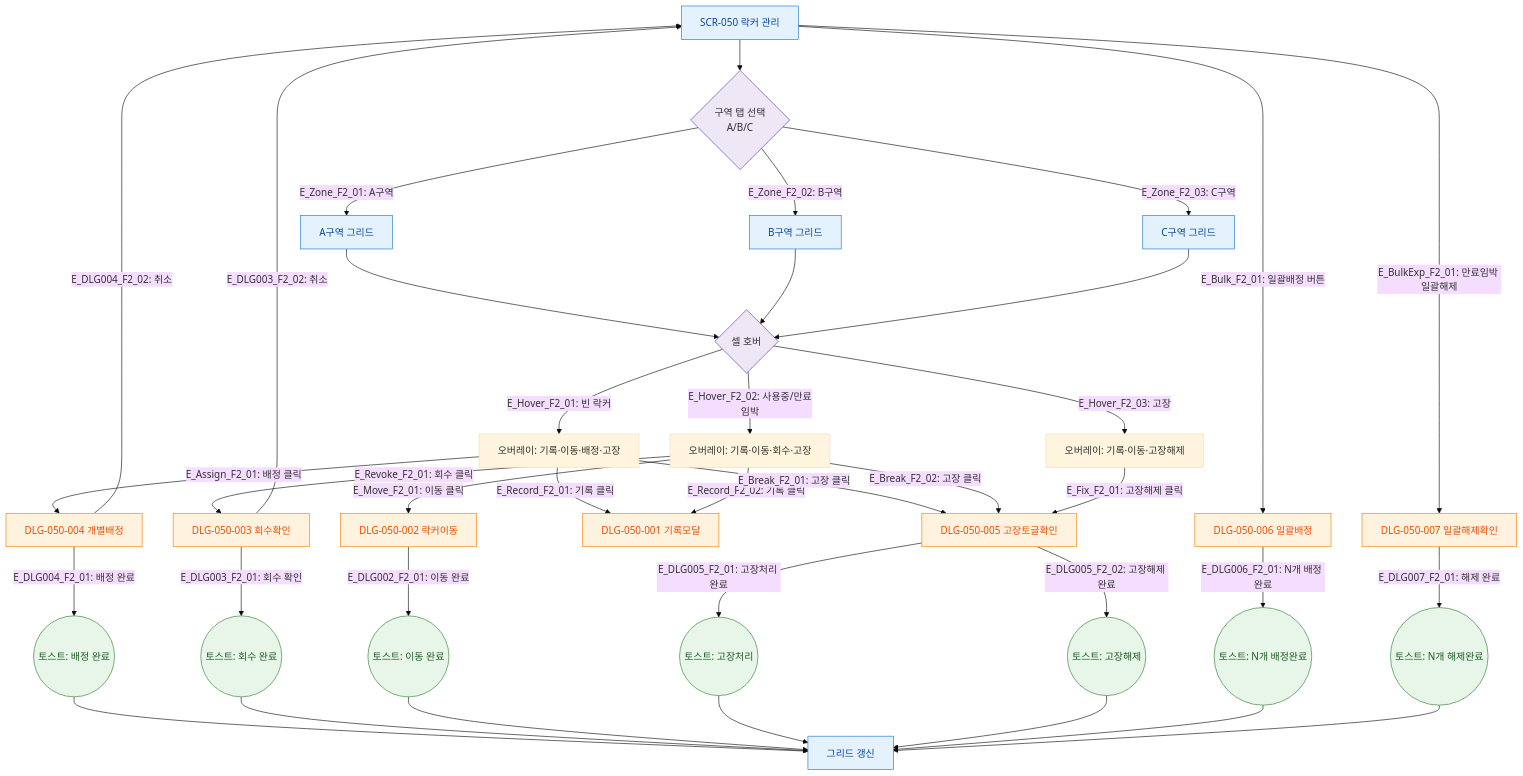
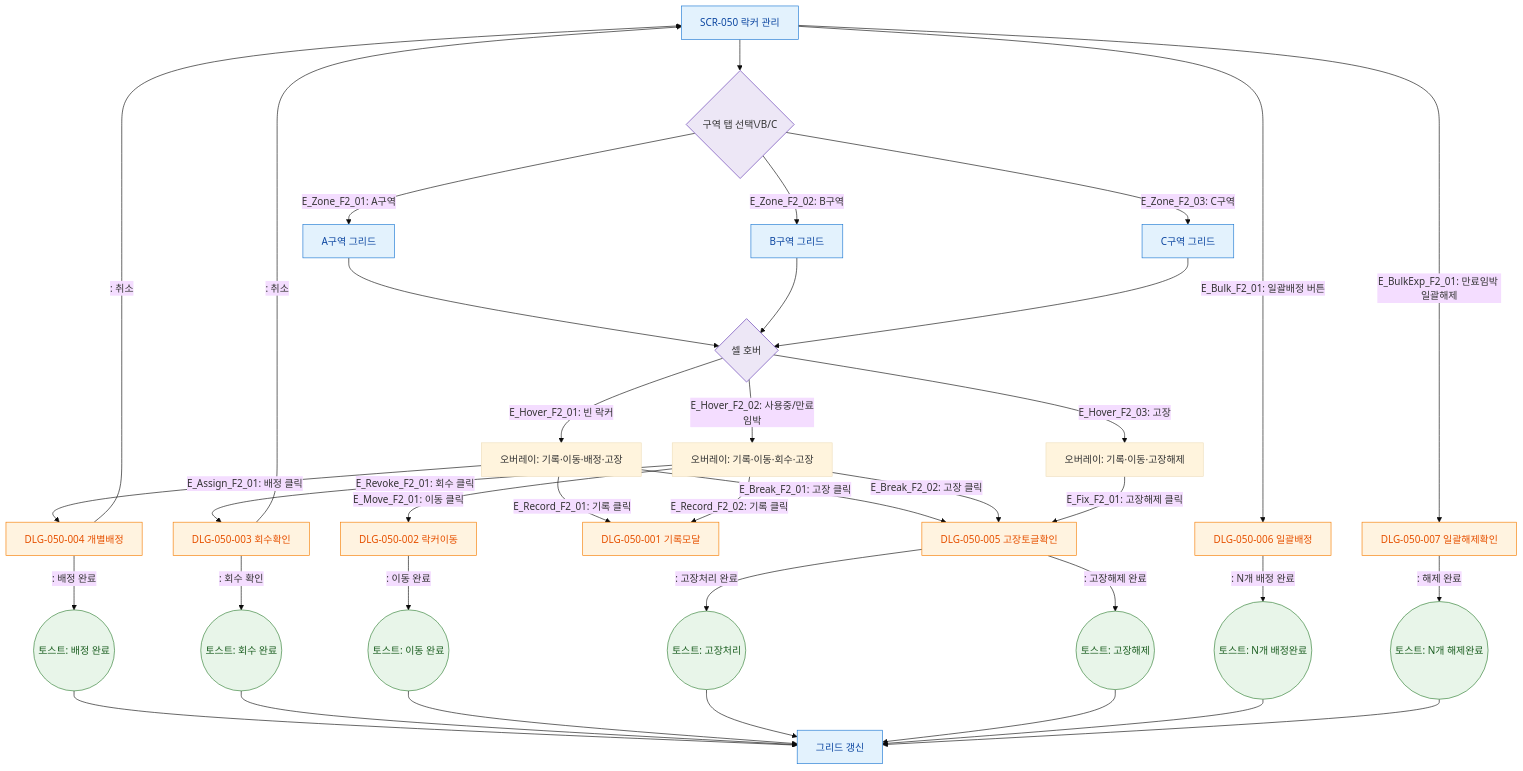
One commit to dev-spogym/admin-pando changed the diagram in docs/다이어그램/D06_시설관리/SCR-050_락커관리/F2_메인.md. Above: the diagram before and after it, drawn with Mermaid (base theme). The commit also changed other lines of this file and 1660 other files, not shown here.

First line of the commit message:
다이어그램: 기획자/클라이언트 납품본으로 정리

````diff
--- a/docs/다이어그램/D06_시설관리/SCR-050_락커관리/F2_메인.md
+++ b/docs/다이어그램/D06_시설관리/SCR-050_락커관리/F2_메인.md
@@ -23,55 +21,55 @@
 ```mermaid
 flowchart TD
-    SCR050[SCR-050 락커 관리] --> ZoneTab{구역 탭 선택\nA/B/C}
-    ZoneTab -->|"E_Zone_F2_01: A구역"| GridA[A구역 그리드]
-    ZoneTab -->|"E_Zone_F2_02: B구역"| GridB[B구역 그리드]
-    ZoneTab -->|"E_Zone_F2_03: C구역"| GridC[C구역 그리드]
+    SCR050[SCR-050 락커 관리] --> ZoneTab{구역 탭 선택\/B/C}
+    ZoneTab -->|"E_Zone_F2_01: A구역"|GridA[A구역 그리드]
+    ZoneTab -->|"E_Zone_F2_02: B구역"|GridB[B구역 그리드]
+    ZoneTab -->|"E_Zone_F2_03: C구역"|GridC[C구역 그리드]
 
     GridA --> HoverCell{셀 호버}
     GridB --> HoverCell
     GridC --> HoverCell
 
-    HoverCell -->|"E_Hover_F2_01: 빈 락커"| OverlayEmpty[오버레이: 기록·이동·배정·고장]
-    HoverCell -->|"E_Hover_F2_02: 사용중/만료임박"| OverlayUsed[오버레이: 기록·이동·회수·고장]
-    HoverCell -->|"E_Hover_F2_03: 고장"| OverlayBroken[오버레이: 기록·이동·고장해제]
+    HoverCell -->|"E_Hover_F2_01: 빈 락커"|OverlayEmpty[오버레이: 기록·이동·배정·고장]
+    HoverCell -->|"E_Hover_F2_02: 사용중/만료임박"|OverlayUsed[오버레이: 기록·이동·회수·고장]
+    HoverCell -->|"E_Hover_F2_03: 고장"|OverlayBroken[오버레이: 기록·이동·고장해제]
 
-    OverlayEmpty -->|"E_Assign_F2_01: 배정 클릭"| DLG004[DLG-050-004 개별배정]
-    OverlayUsed -->|"E_Revoke_F2_01: 회수 클릭"| DLG003[DLG-050-003 회수확인]
-    OverlayUsed -->|"E_Move_F2_01: 이동 클릭"| DLG002[DLG-050-002 락커이동]
-    OverlayEmpty -->|"E_Record_F2_01: 기록 클릭"| DLG001[DLG-050-001 기록모달]
-    OverlayUsed -->|"E_Record_F2_02: 기록 클릭"| DLG001
-    OverlayEmpty -->|"E_Break_F2_01: 고장 클릭"| DLG005[DLG-050-005 고장토글확인]
-    OverlayUsed -->|"E_Break_F2_02: 고장 클릭"| DLG005
-    OverlayBroken -->|"E_Fix_F2_01: 고장해제 클릭"| DLG005
+    OverlayEmpty -->|"E_Assign_F2_01: 배정 클릭"|DLG004[DLG-050-004 개별배정]
+    OverlayUsed -->|"E_Revoke_F2_01: 회수 클릭"|DLG003[DLG-050-003 회수확인]
+    OverlayUsed -->|"E_Move_F2_01: 이동 클릭"|DLG002[DLG-050-002 락커이동]
+    OverlayEmpty -->|"E_Record_F2_01: 기록 클릭"|DLG001[DLG-050-001 기록모달]
+    OverlayUsed -->|"E_Record_F2_02: 기록 클릭"|DLG001
+    OverlayEmpty -->|"E_Break_F2_01: 고장 클릭"|DLG005[DLG-050-005 고장토글확인]
+    OverlayUsed -->|"E_Break_F2_02: 고장 클릭"|DLG005
+    OverlayBroken -->|"E_Fix_F2_01: 고장해제 클릭"|DLG005
 
-    DLG004 -->|"E_DLG004_F2_01: 배정 완료"| ToastAssign((토스트: 배정 완료))
-    DLG004 -->|"E_DLG004_F2_02: 취소"| SCR050
-    DLG003 -->|"E_DLG003_F2_01: 회수 확인"| ToastRevoke((토스트: 회수 완료))
-    DLG003 -->|"E_DLG003_F2_02: 취소"| SCR050
-    DLG002 -->|"E_DLG002_F2_01: 이동 완료"| ToastMove((토스트: 이동 완료))
-    DLG005 -->|"E_DLG005_F2_01: 고장처리 완료"| ToastBreak((토스트: 고장처리))
-    DLG005 -->|"E_DLG005_F2_02: 고장해제 완료"| ToastFix((토스트: 고장해제))
+    DLG004 -->|": 배정 완료"|ToastAssign((토스트: 배정 완료))
+    DLG004 -->|": 취소"|SCR050
+    DLG003 -->|": 회수 확인"|ToastRevoke((토스트: 회수 완료))
+    DLG003 -->|": 취소"|SCR050
+    DLG002 -->|": 이동 완료"|ToastMove((토스트: 이동 완료))
+    DLG005 -->|": 고장처리 완료"|ToastBreak((토스트: 고장처리))
+    DLG005 -->|": 고장해제 완료"|ToastFix((토스트: 고장해제))
 
     ToastAssign --> GridRefresh[그리드 갱신]
     ToastRevoke --> GridRefresh
     ToastMove --> GridRefresh
     ToastBreak --> GridRefresh
     ToastFix --> GridRefresh
 
-    SCR050 -->|"E_Bulk_F2_01: 일괄배정 버튼"| DLG006[DLG-050-006 일괄배정]
-    SCR050 -->|"E_BulkExp_F2_01: 만료임박 일괄해제"| DLG007[DLG-050-007 일괄해제확인]
-    DLG006 -->|"E_DLG006_F2_01: N개 배정 완료"| ToastBulk((토스트: N개 배정완료))
-    DLG007 -->|"E_DLG007_F2_01: 해제 완료"| ToastBulkExp((토스트: N개 해제완료))
+    SCR050 -->|"E_Bulk_F2_01: 일괄배정 버튼"|DLG006[DLG-050-006 일괄배정]
+    SCR050 -->|"E_BulkExp_F2_01: 만료임박 일괄해제"|DLG007[DLG-050-007 일괄해제확인]
+    DLG006 -->|": N개 배정 완료"|ToastBulk((토스트: N개 배정완료))
+    DLG007 -->|": 해제 완료"|ToastBulkExp((토스트: N개 해제완료))
     ToastBulk --> GridRefresh
     ToastBulkExp --> GridRefresh
 
     classDef screen fill:#E3F2FD,stroke:#1976D2,color:#0D47A1
     classDef modal fill:#FFF3E0,stroke:#F57C00,color:#E65100
     classDef success fill:#E8F5E9,stroke:#2E7D32,color:#1B5E20
     classDef system fill:#EDE7F6,stroke:#5E35B2
 
     class SCR050,GridA,GridB,GridC,GridRefresh screen
     class DLG001,DLG002,DLG003,DLG004,DLG005,DLG006,DLG007 modal
     class ToastAssign,ToastRevoke,ToastMove,ToastBreak,ToastFix,ToastBulk,ToastBulkExp success
     class ZoneTab,HoverCell system
 ```
````
